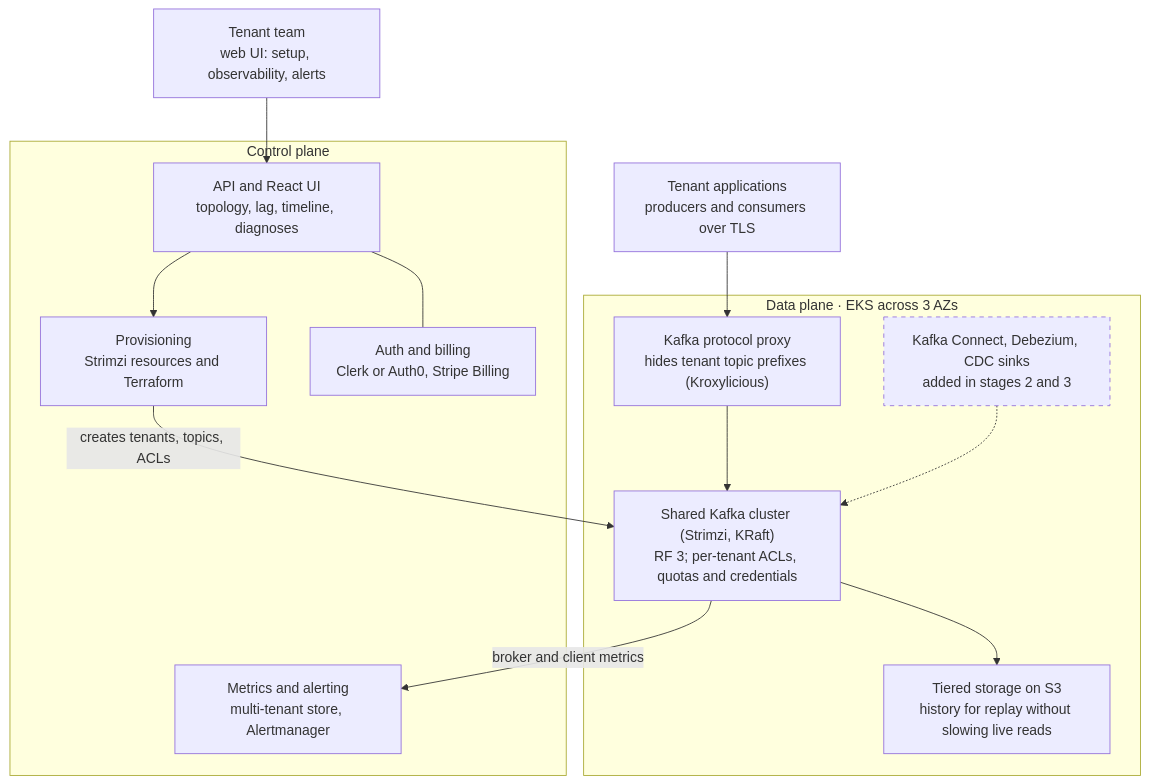
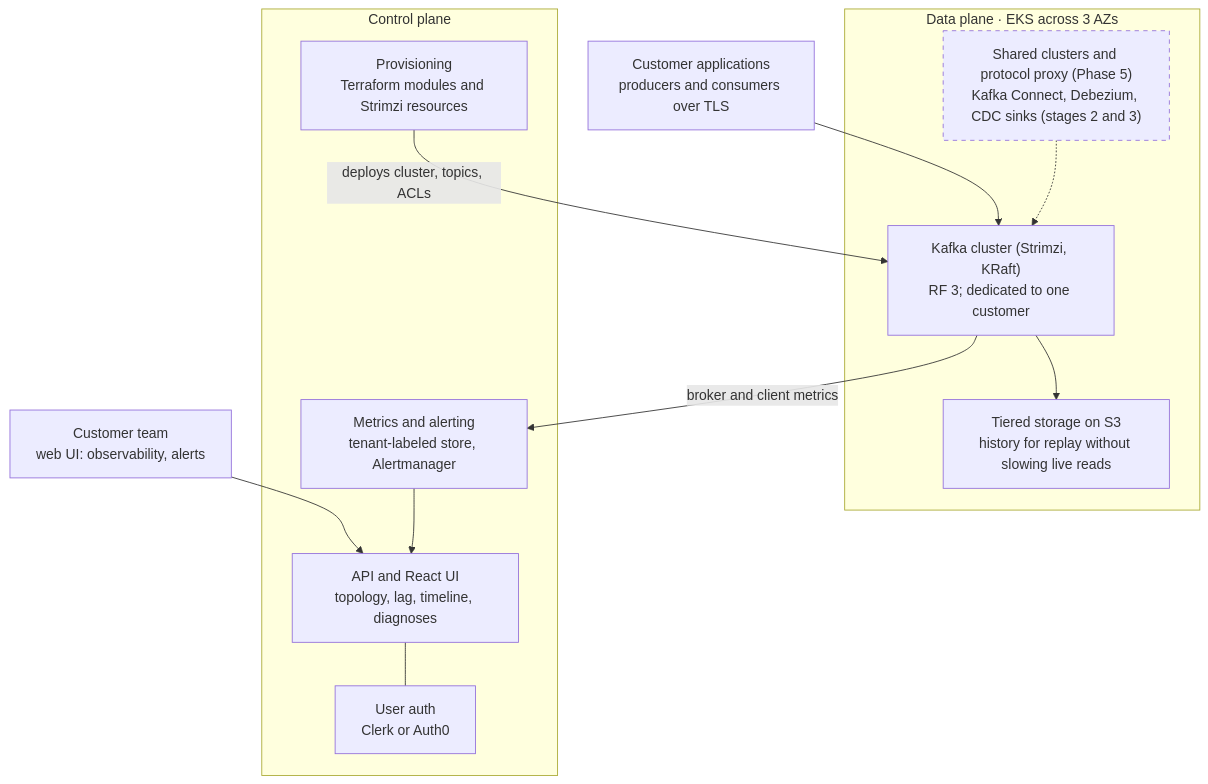
Before and after one commit to ReneP92/changeport: the first of 2 diagrams in docs/PROJECT_PLAN.md, drawn with Mermaid. The commit also changed other lines of this file and 1 other file, not shown here.

Commit message:
Start with a single-tenant Kafka cluster for a design partner

````diff
--- a/docs/PROJECT_PLAN.md
+++ b/docs/PROJECT_PLAN.md
@@ -35,28 +37,28 @@
 ```mermaid
 flowchart TB
-  apps["Tenant applications<br/>producers and consumers over TLS"]
-  team["Tenant team<br/>web UI: setup, observability, alerts"]
+  apps["Customer applications<br/>producers and consumers over TLS"]
+  team["Customer team<br/>web UI: observability, alerts"]
 
   subgraph DP["Data plane · EKS across 3 AZs"]
-    proxy["Kafka protocol proxy<br/>hides tenant topic prefixes (Kroxylicious)"]
-    kafka["Shared Kafka cluster (Strimzi, KRaft)<br/>RF 3; per-tenant ACLs, quotas and credentials"]
+    kafka["Kafka cluster (Strimzi, KRaft)<br/>RF 3; dedicated to one customer"]
     s3["Tiered storage on S3<br/>history for replay without slowing live reads"]
-    future["Kafka Connect, Debezium, CDC sinks<br/>added in stages 2 and 3"]
+    future["Shared clusters and protocol proxy (Phase 5)<br/>Kafka Connect, Debezium, CDC sinks (stages 2 and 3)"]
   end
 
   subgraph CP["Control plane"]
     api["API and React UI<br/>topology, lag, timeline, diagnoses"]
-    prov["Provisioning<br/>Strimzi resources and Terraform"]
-    metrics["Metrics and alerting<br/>multi-tenant store, Alertmanager"]
-    auth["Auth and billing<br/>Clerk or Auth0, Stripe Billing"]
+    prov["Provisioning<br/>Terraform modules and Strimzi resources"]
+    metrics["Metrics and alerting<br/>tenant-labeled store, Alertmanager"]
+    auth["User auth<br/>Clerk or Auth0"]
   end
 
-  apps --> proxy --> kafka --> s3
+  apps --> kafka --> s3
   future -.-> kafka
-  team --> api --> prov
-  prov -->|creates tenants, topics, ACLs| kafka
+  team --> api
+  prov -->|deploys cluster, topics, ACLs| kafka
   kafka -->|broker and client metrics| metrics
+  metrics --> api
   api --- auth
 
   style future stroke-dasharray: 5 5
 ```
````
